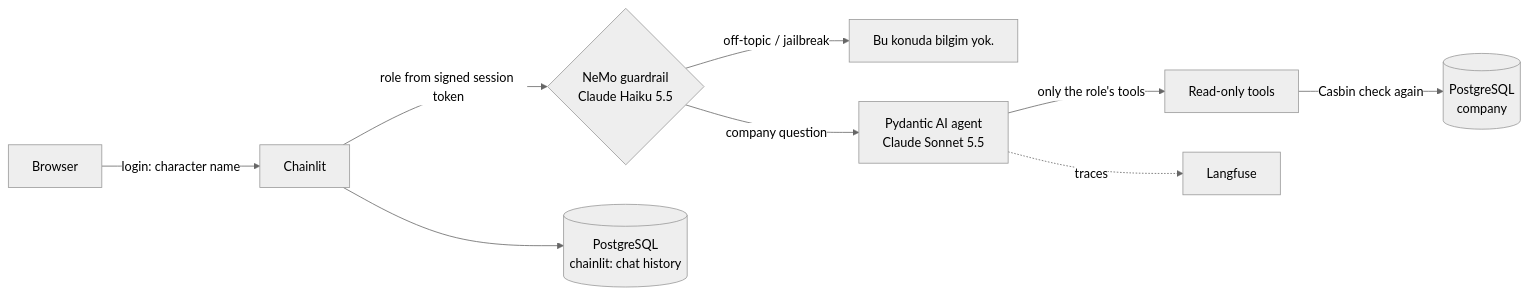
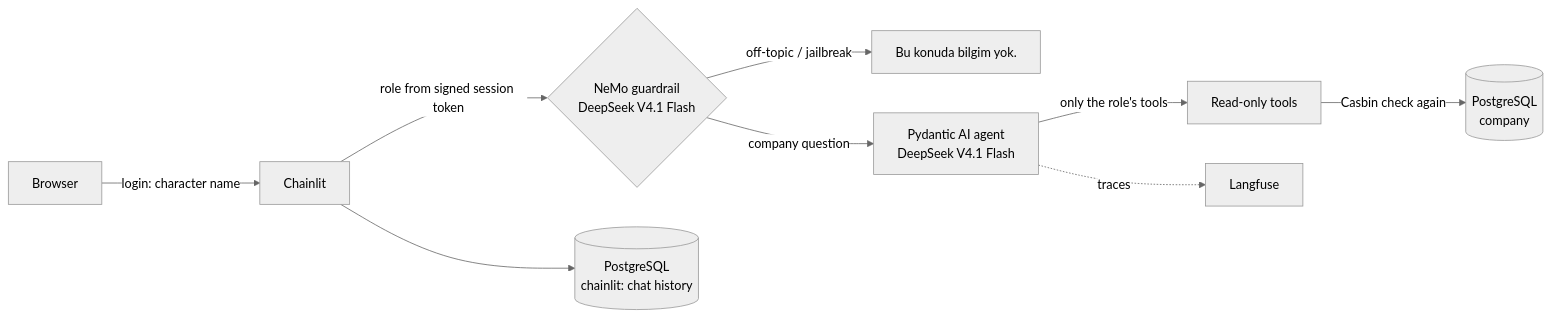
Before and after one commit to anilsrml/role-based-llm: the diagram in README.md, drawn with Mermaid (neutral theme). The commit also changed 2 other files, not shown here.

Commit message:
Switch chat and guardrail models to DeepSeek V4.1 Flash
Cheaper than Claude Sonnet/Haiku; unit, live and browser tests pass.

````diff
--- a/README.md
+++ b/README.md
@@ -17,11 +17,11 @@
 ```mermaid
 flowchart LR
     U[Browser] -->|login: character name| C[Chainlit]
-    C -->|role from signed session token| G{NeMo guardrail<br/>Claude Haiku 5.5}
+    C -->|role from signed session token| G{NeMo guardrail<br/>DeepSeek V4.1 Flash}
     G -->|off-topic / jailbreak| R["Bu konuda bilgim yok."]
-    G -->|company question| A[Pydantic AI agent<br/>Claude Sonnet 5.5]
+    G -->|company question| A[Pydantic AI agent<br/>DeepSeek V4.1 Flash]
     A -->|only the role's tools| T[Read-only tools]
     T -->|Casbin check again| DB[(PostgreSQL<br/>company)]
     C --> H[(PostgreSQL<br/>chainlit: chat history)]
     A -.traces.-> L[Langfuse]
 ```
````
